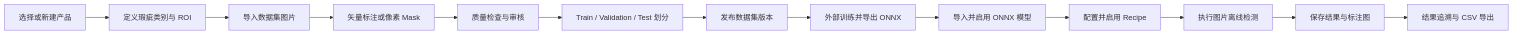
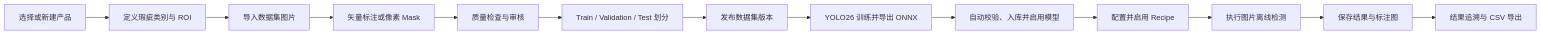
Before and after one commit to 2649426633/IAD: the diagram in 操作手册.md, drawn with Mermaid. The commit also changed other lines of this file and 14 other files, not shown here.

````diff
--- a/操作手册.md
+++ b/操作手册.md
@@ -38,15 +39,15 @@
 ```mermaid
 flowchart LR
     A["选择或新建产品"] --> B["定义瑕疵类别与 ROI"]
     B --> C["导入数据集图片"]
     C --> D["矢量标注或像素 Mask"]
     D --> E["质量检查与审核"]
     E --> F["Train / Validation / Test 划分"]
     F --> G["发布数据集版本"]
-    G --> H["外部训练并导出 ONNX"]
-    H --> I["导入并启用 ONNX 模型"]
+    G --> H["YOLO26 训练并导出 ONNX"]
+    H --> I["自动校验、入库并启用模型"]
     I --> J["配置并启用 Recipe"]
     J --> K["执行图片离线检测"]
     K --> L["保存结果与标注图"]
     L --> M["结果追溯与 CSV 导出"]
 ```
````
